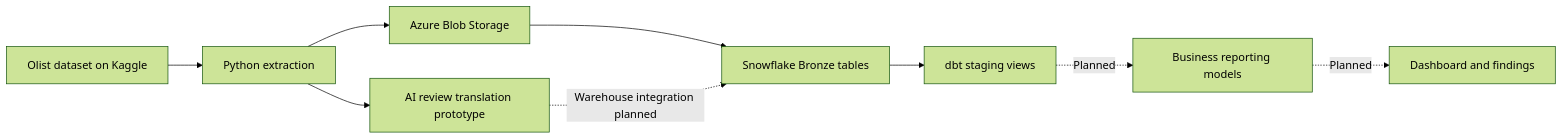
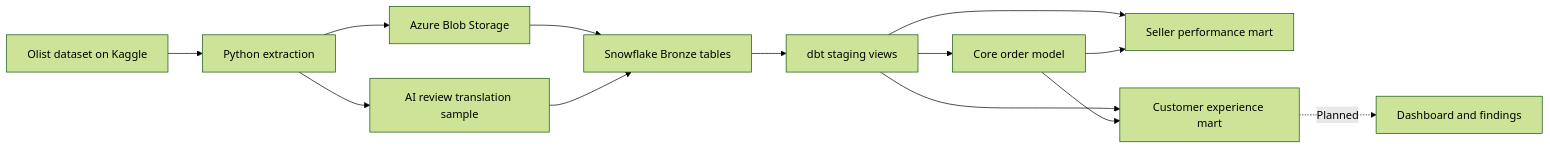
One commit to pruthviiraj/olist-marketplace-pipeline changed the diagram in README.md. Above: the diagram before and after it, drawn with Mermaid (forest theme). The commit also changed other lines of this file and 1 other file, not shown here.

````diff
--- a/README.md
+++ b/README.md
@@ -33,11 +33,15 @@
 ```mermaid
 flowchart LR
     A[Olist dataset on Kaggle] --> B[Python extraction]
     B --> C[Azure Blob Storage]
     C --> D[Snowflake Bronze tables]
     D --> E[dbt staging views]
-    E -. Planned .-> F[Business reporting models]
-    F -. Planned .-> G[Dashboard and findings]
-    B --> H[AI review translation prototype]
-    H -. Warehouse integration planned .-> D
+    E --> F[Core order model]
+    E --> G[Seller performance mart]
+    F --> G
+    E --> H[Customer experience mart]
+    F --> H
+    B --> I[AI review translation sample]
+    I --> D
+    H -. Planned .-> J[Dashboard and findings]
 ```
````
